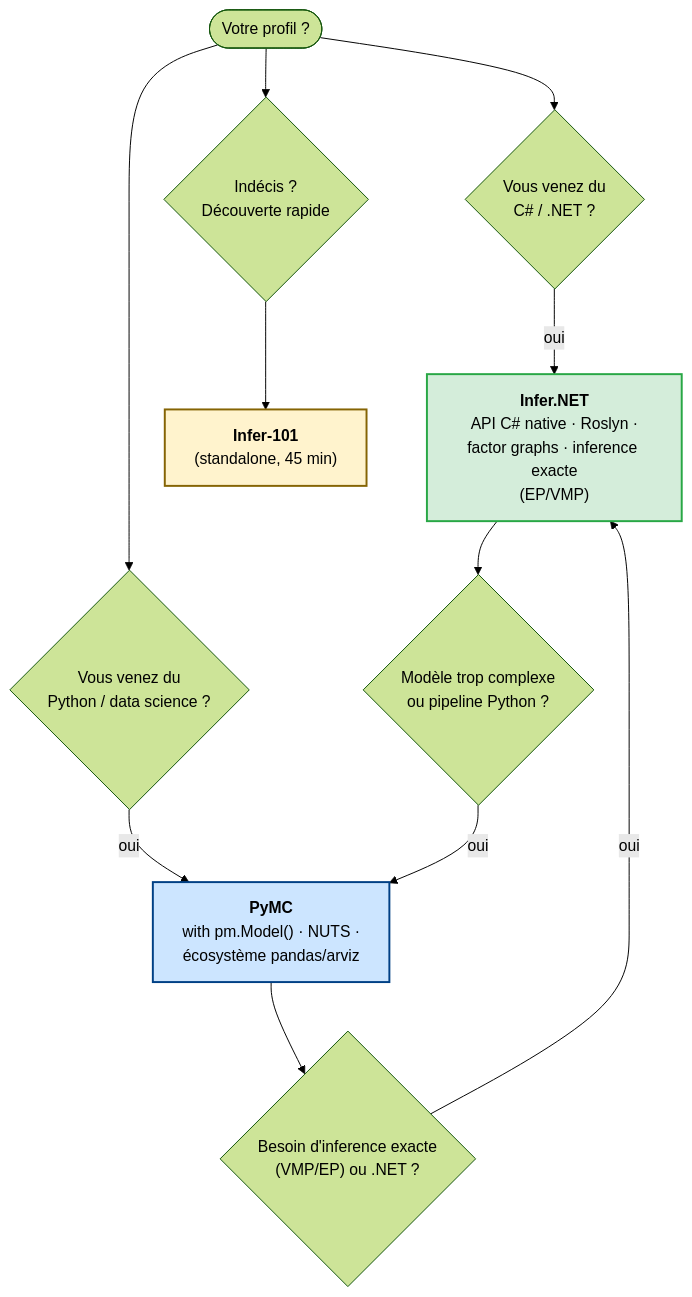
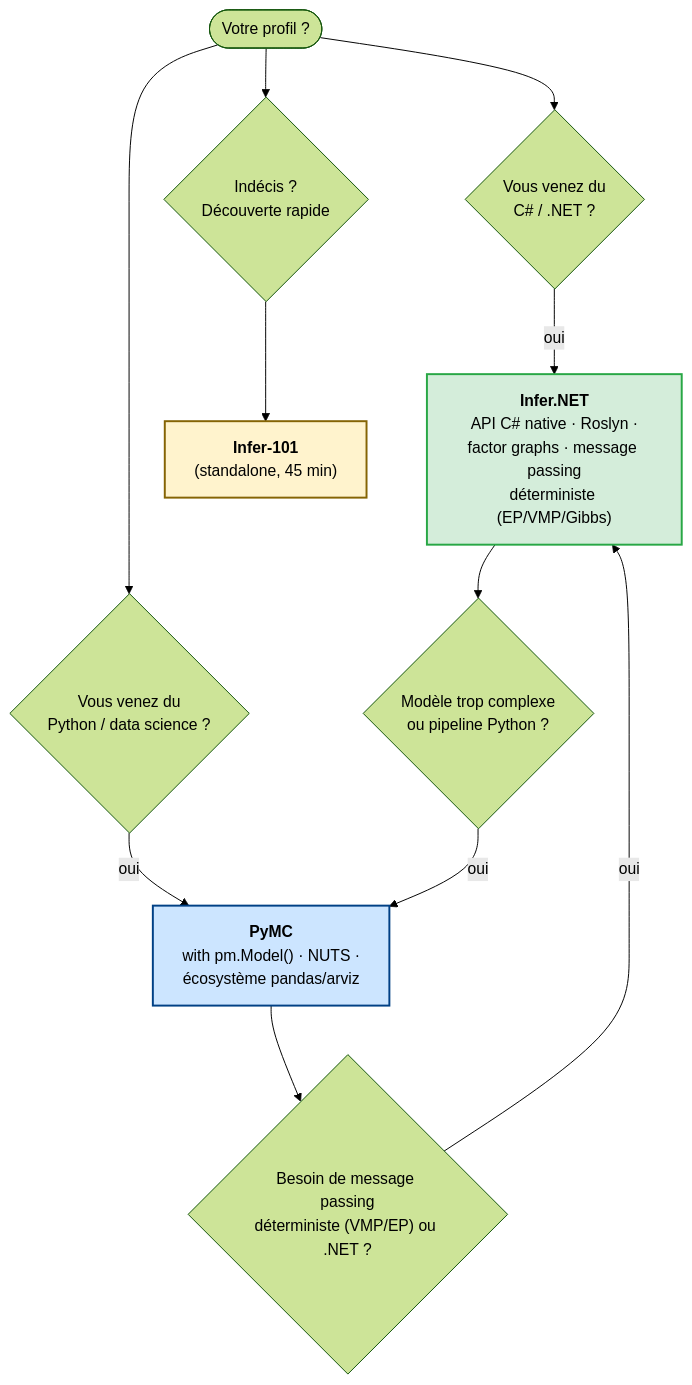
One commit to jsboige/CoursIA changed the second of 3 diagrams in MyIA.AI.Notebooks/Probas/README.md. Above: the diagram before and after it, drawn with Mermaid (forest theme). The commit also changed other lines of this file and 3 other files, not shown here.

````diff
--- a/MyIA.AI.Notebooks/Probas/README.md
+++ b/MyIA.AI.Notebooks/Probas/README.md
@@ -224,20 +224,20 @@
 ```mermaid
 flowchart TD
     START(["Votre profil ?"])
     START --> Q1{"Vous venez du<br/>C# / .NET ?"}
     START --> Q2{"Vous venez du<br/>Python / data science ?"}
     START --> Q3{"Indécis ?<br/>Découverte rapide"}
-    Q1 -->|"oui"| INFER["<b>Infer.NET</b><br/>API C# native · Roslyn ·<br/>factor graphs · inference exacte<br/>(EP/VMP)"]
+    Q1 -->|"oui"| INFER["<b>Infer.NET</b><br/>API C# native · Roslyn ·<br/>factor graphs · message passing<br/>déterministe (EP/VMP/Gibbs)"]
     Q2 -->|"oui"| PYMC["<b>PyMC</b><br/>with pm.Model() · NUTS ·<br/>écosystème pandas/arviz"]
     Q3 --> IN101["<b>Infer-101</b><br/>(standalone, 45 min)"]
     INFER --> PIVOT1{"Modèle trop complexe<br/>ou pipeline Python ?"}
-    PYMC --> PIVOT2{"Besoin d'inference exacte<br/>(VMP/EP) ou .NET ?"}
+    PYMC --> PIVOT2{"Besoin de message passing<br/>déterministe (VMP/EP) ou .NET ?"}
     PIVOT1 -->|"oui"| PYMC
     PIVOT2 -->|"oui"| INFER
     classDef infer fill:#d4edda,stroke:#28a745,stroke-width:2px;
     classDef pymc fill:#cce5ff,stroke:#004085,stroke-width:2px;
     classDef entry fill:#fff3cd,stroke:#856404,stroke-width:2px;
     class INFER infer;
     class PYMC pymc;
     class IN101 entry;
 ```
````
